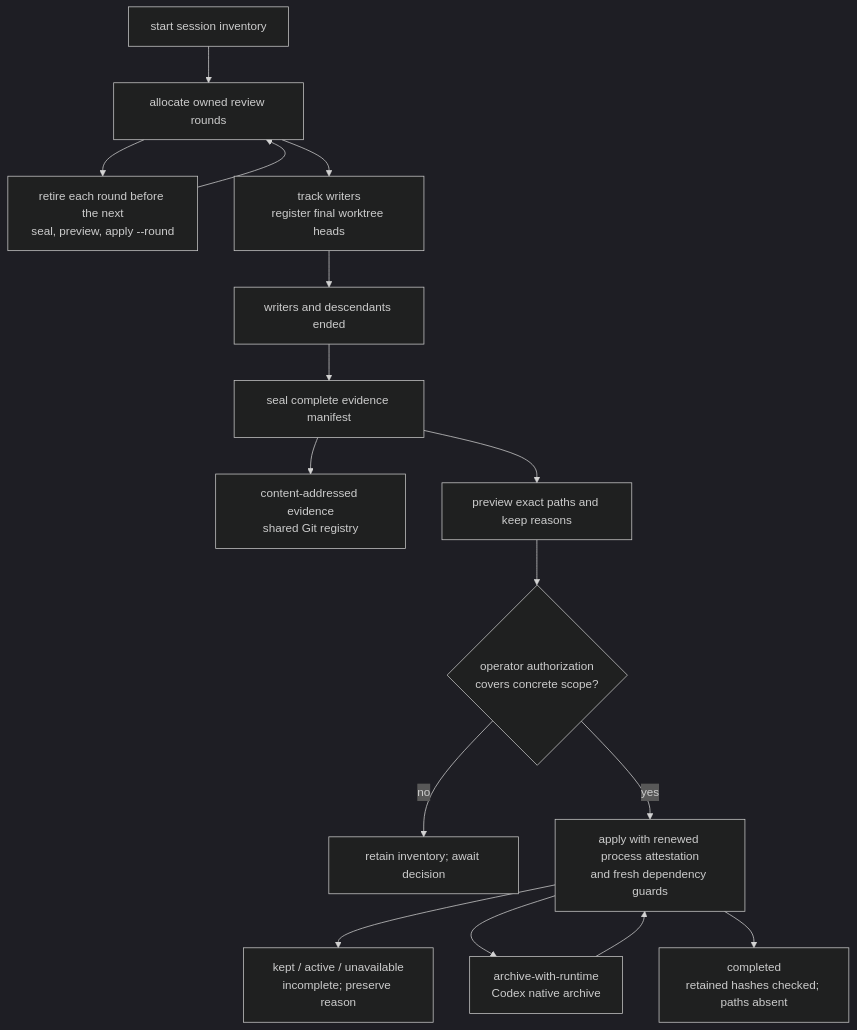
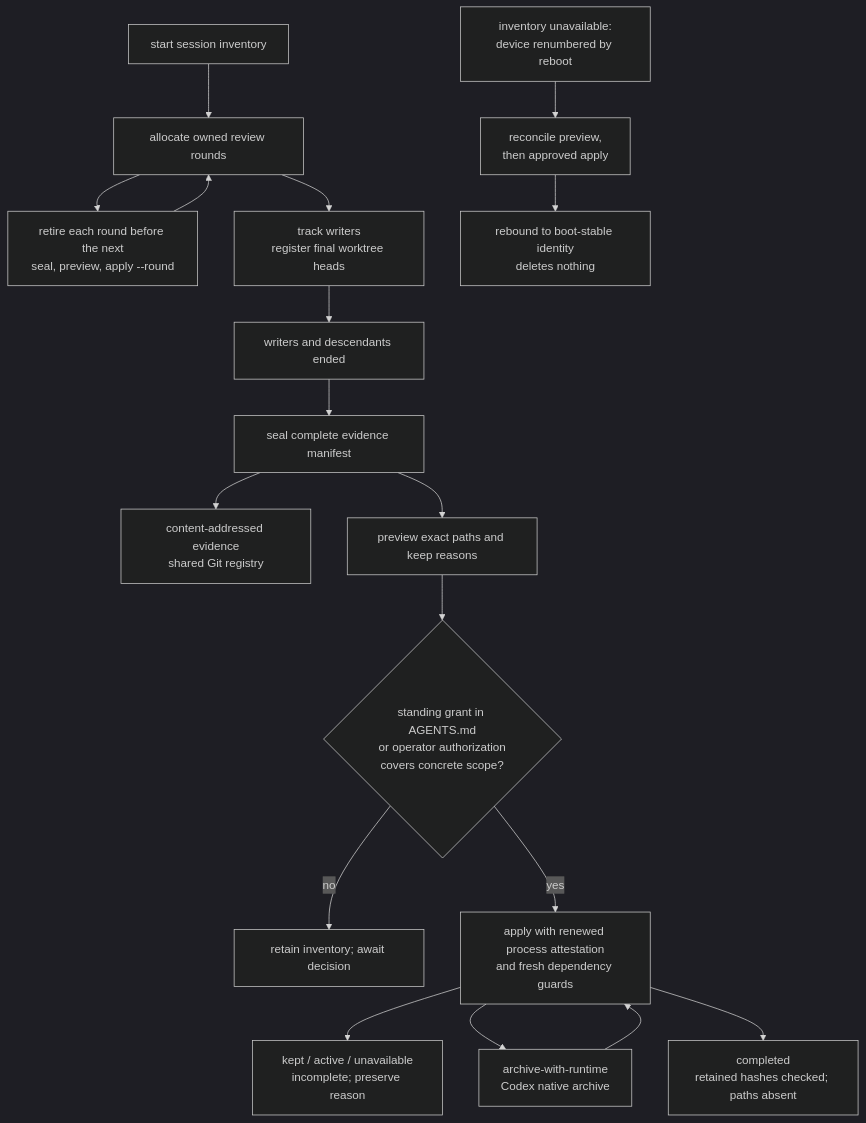
One commit to topij/agentic-dev-kit changed the fifth of 6 diagrams in docs/architecture.md. Above: the diagram before and after it, drawn with Mermaid (dark theme). The commit also changed other lines of this file and 6 other files, not shown here.

First line of the commit message:
docs: bring reader guides and diagrams up to date with lane, review and cleanup work (#1295)

````diff
--- a/docs/architecture.md
+++ b/docs/architecture.md
@@ -199,18 +232,20 @@
 ```mermaid
 flowchart TB
     Start["start session inventory"] --> Allocate["allocate owned review rounds"]
     Allocate --> Round["retire each round before the next<br/>seal, preview, apply --round"]
     Round --> Allocate
     Allocate --> Work["track writers<br/>register final worktree heads"]
     Work --> Stop["writers and descendants ended"]
     Stop --> Seal["seal complete evidence manifest"]
     Seal --> Evidence["content-addressed evidence<br/>shared Git registry"]
     Seal --> Preview["preview exact paths and keep reasons"]
-    Preview --> Consent{"operator authorization<br/>covers concrete scope?"}
+    Preview --> Consent{"standing grant in AGENTS.md<br/>or operator authorization<br/>covers concrete scope?"}
     Consent -->|no| Hold["retain inventory; await decision"]
+    Registry["inventory unavailable:<br/>device renumbered by reboot"] --> Reconcile["reconcile preview,<br/>then approved apply"]
+    Reconcile --> Rebound["rebound to boot-stable identity<br/>deletes nothing"]
     Consent -->|yes| Apply["apply with renewed process attestation<br/>and fresh dependency guards"]
     Apply --> Kept["kept / active / unavailable<br/>incomplete; preserve reason"]
     Apply --> Native["archive-with-runtime<br/>Codex native archive"]
     Native --> Apply
     Apply --> Complete["completed<br/>retained hashes checked; paths absent"]
 ```
````
